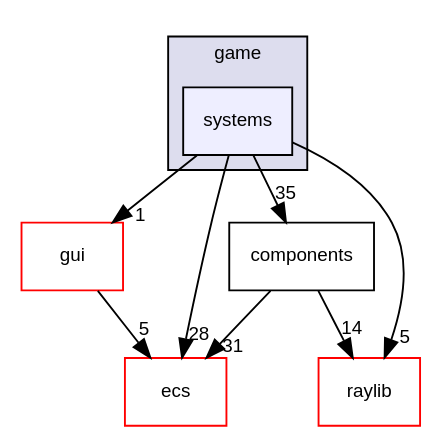
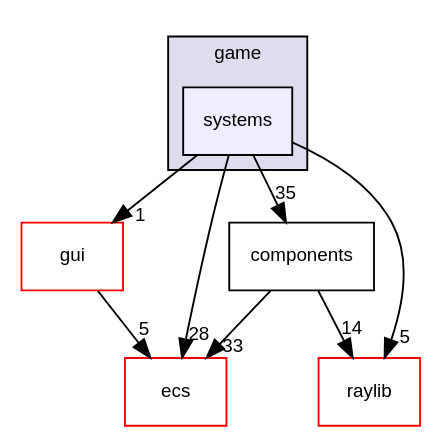
The diagram in dir_46fb37fa78f646487908f22377b88dd8_dep.dot (MisterPeModder/Bomberman-Global-Offensive), drawn with Graphviz before and after one commit. The commit also changed 304 other files, not shown here.

```diff
--- a/dir_46fb37fa78f646487908f22377b88dd8_dep.dot
+++ b/dir_46fb37fa78f646487908f22377b88dd8_dep.dot
@@ -1,20 +1,20 @@
 digraph "src/game/systems" {
   compound=true
   node [ fontsize="10", fontname="Helvetica"];
   edge [ labelfontsize="10", labelfontname="Helvetica"];
   subgraph clusterdir_1699be727a800b1d059c6f7f2b91d2ee {
     graph [ bgcolor="#ddddee", pencolor="black", label="game" fontname="Helvetica", fontsize="10", URL="dir_1699be727a800b1d059c6f7f2b91d2ee.html"]
   dir_46fb37fa78f646487908f22377b88dd8 [shape=box, label="systems", style="filled", fillcolor="#eeeeff", pencolor="black", URL="dir_46fb37fa78f646487908f22377b88dd8.html"];
   }
   dir_a5f74f5d785ec5e5a721a58d25c88c44 [shape=box label="components" URL="dir_a5f74f5d785ec5e5a721a58d25c88c44.html"];
   dir_0eb5bc4df32830927d4599d5e42d522d [shape=box label="gui" fillcolor="white" style="filled" color="red" URL="dir_0eb5bc4df32830927d4599d5e42d522d.html"];
   dir_ddca5f149c4ce13074f28b270e950ba9 [shape=box label="ecs" fillcolor="white" style="filled" color="red" URL="dir_ddca5f149c4ce13074f28b270e950ba9.html"];
   dir_d4cc5f0b3cfddd1b0952a9e00053f649 [shape=box label="raylib" fillcolor="white" style="filled" color="red" URL="dir_d4cc5f0b3cfddd1b0952a9e00053f649.html"];
-  dir_a5f74f5d785ec5e5a721a58d25c88c44->dir_ddca5f149c4ce13074f28b270e950ba9 [headlabel="31", labeldistance=1.5 headhref="dir_000008_000001.html"];
+  dir_a5f74f5d785ec5e5a721a58d25c88c44->dir_ddca5f149c4ce13074f28b270e950ba9 [headlabel="33", labeldistance=1.5 headhref="dir_000008_000001.html"];
   dir_a5f74f5d785ec5e5a721a58d25c88c44->dir_d4cc5f0b3cfddd1b0952a9e00053f649 [headlabel="14", labeldistance=1.5 headhref="dir_000008_000010.html"];
   dir_46fb37fa78f646487908f22377b88dd8->dir_a5f74f5d785ec5e5a721a58d25c88c44 [headlabel="35", labeldistance=1.5 headhref="dir_000009_000008.html"];
   dir_46fb37fa78f646487908f22377b88dd8->dir_0eb5bc4df32830927d4599d5e42d522d [headlabel="1", labeldistance=1.5 headhref="dir_000009_000015.html"];
   dir_46fb37fa78f646487908f22377b88dd8->dir_ddca5f149c4ce13074f28b270e950ba9 [headlabel="28", labeldistance=1.5 headhref="dir_000009_000001.html"];
   dir_46fb37fa78f646487908f22377b88dd8->dir_d4cc5f0b3cfddd1b0952a9e00053f649 [headlabel="5", labeldistance=1.5 headhref="dir_000009_000010.html"];
   dir_0eb5bc4df32830927d4599d5e42d522d->dir_ddca5f149c4ce13074f28b270e950ba9 [headlabel="5", labeldistance=1.5 headhref="dir_000015_000001.html"];
 }
```
